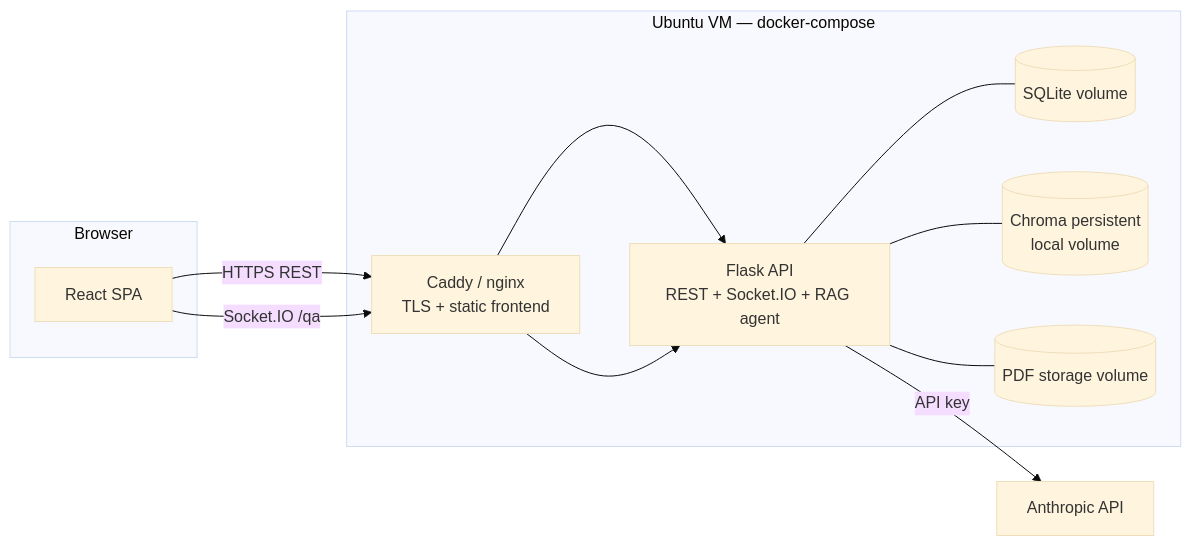
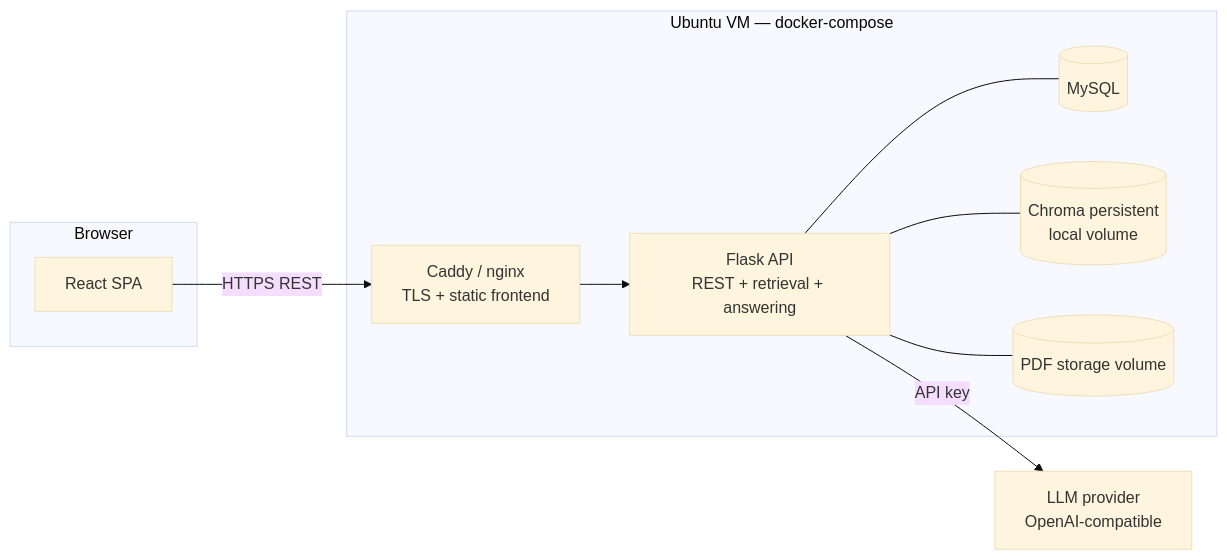
The first of 2 diagrams in docs/implementation-plan.md (LizMiringu-1799/university-policy), drawn with Mermaid (base theme) before and after one commit. The commit also changed other lines of this file and 75 other files, not shown here.

````diff
--- a/docs/implementation-plan.md
+++ b/docs/implementation-plan.md
@@ -27,21 +34,20 @@
 ```mermaid
 flowchart LR
     subgraph Browser
         R[React SPA]
     end
     subgraph VM [Ubuntu VM — docker-compose]
         C[Caddy / nginx<br/>TLS + static frontend]
-        F[Flask API<br/>REST + Socket.IO + RAG agent]
-        DB[(SQLite volume)]
+        F[Flask API<br/>REST + retrieval + answering]
+        DB[(MySQL)]
         CH[(Chroma persistent<br/>local volume)]
         P[(PDF storage volume)]
     end
-    A[Anthropic API]
+    A[LLM provider<br/>OpenAI-compatible]
 
     R -- HTTPS REST --> C --> F
-    R -- Socket.IO /qa --> C --> F
     F --- DB
     F --- P
     F --- CH
     F -- API key --> A
 ```
````
